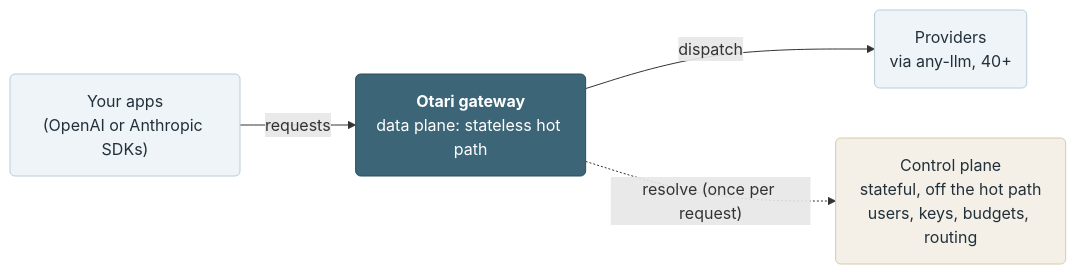
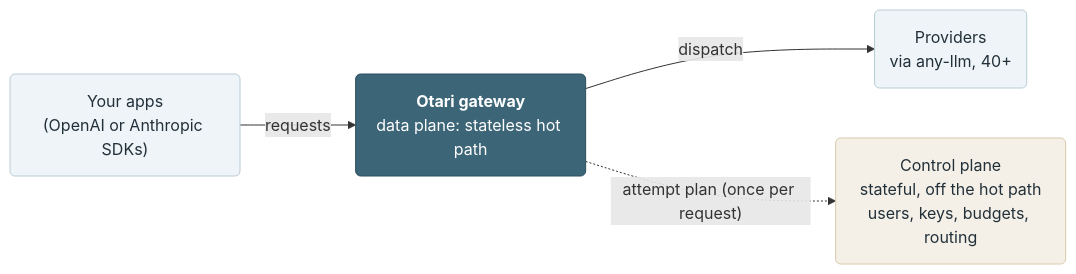
One commit to mozilla-ai/otari changed the first of 2 diagrams in ARCHITECTURE.md. Above: the diagram before and after it, drawn with Mermaid. The commit also changed other lines of this file and 291 other files, not shown here.

````diff
--- a/ARCHITECTURE.md
+++ b/ARCHITECTURE.md
@@ -47,17 +32,17 @@
 ```mermaid
 %%{init: {'theme':'base','themeVariables':{'fontFamily':'-apple-system, "Segoe UI", Roboto, Helvetica, Arial, sans-serif','fontSize':'14px','lineColor':'#5e8496'}}}%%
 flowchart LR
     clients("Your apps<br/>(OpenAI or Anthropic SDKs)")
     otari("<b>Otari gateway</b><br/>data plane: stateless hot path")
     providers("Providers<br/>via any-llm, 40+")
     control("Control plane<br/>stateful, off the hot path<br/>users, keys, budgets, routing")
     clients -->|requests| otari
     otari -->|dispatch| providers
-    otari -. "resolve (once per request)" .-> control
+    otari -. "attempt plan (once per request)" .-> control
     classDef hero fill:#3c6678,stroke:#2c4d5c,color:#ffffff;
     classDef cp fill:#f4f0e8,stroke:#d8c9a8,color:#22303a;
     classDef plain fill:#eef4f7,stroke:#b8ccd6,color:#22303a;
     class otari hero;
     class control cp;
     class clients,providers plain;
 ```
````
